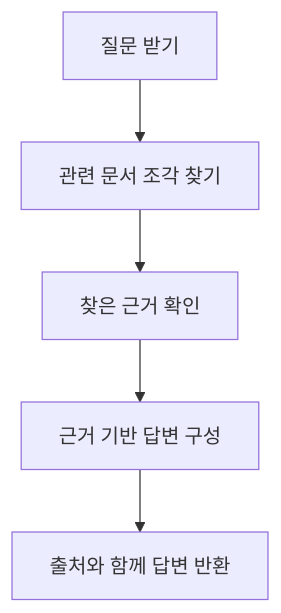
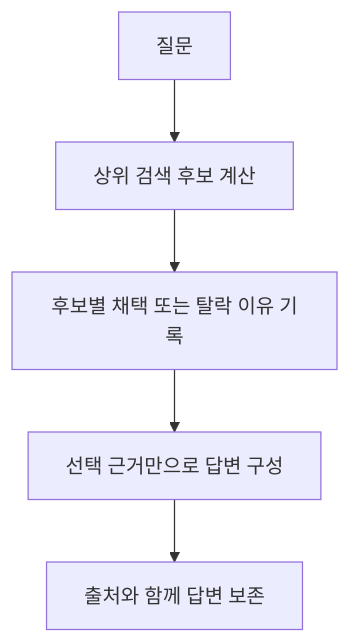
One commit to devchan64/AiBook changed the diagram in docs/parts/part-07/chapter-05/section-01.md. Above: the diagram before and after it, drawn with Mermaid. The commit also changed other lines of this file and 18 other files, not shown here.

````diff
--- a/docs/parts/part-07/chapter-05/section-01.md
+++ b/docs/parts/part-07/chapter-05/section-01.md
@@ -65,10 +49,10 @@
 ```mermaid
 flowchart TD
-  A["질문 받기"]
-  B["관련 문서 조각 찾기"]
-  C["찾은 근거 확인"]
-  D["근거 기반 답변 구성"]
-  E["출처와 함께 답변 반환"]
+  A["질문"]
+  B["상위 검색 후보 계산"]
+  C["후보별 채택 또는 탈락 이유 기록"]
+  D["선택 근거만으로 답변 구성"]
+  E["출처와 함께 답변 보존"]
 
   A --> B --> C --> D --> E
 ```
````
